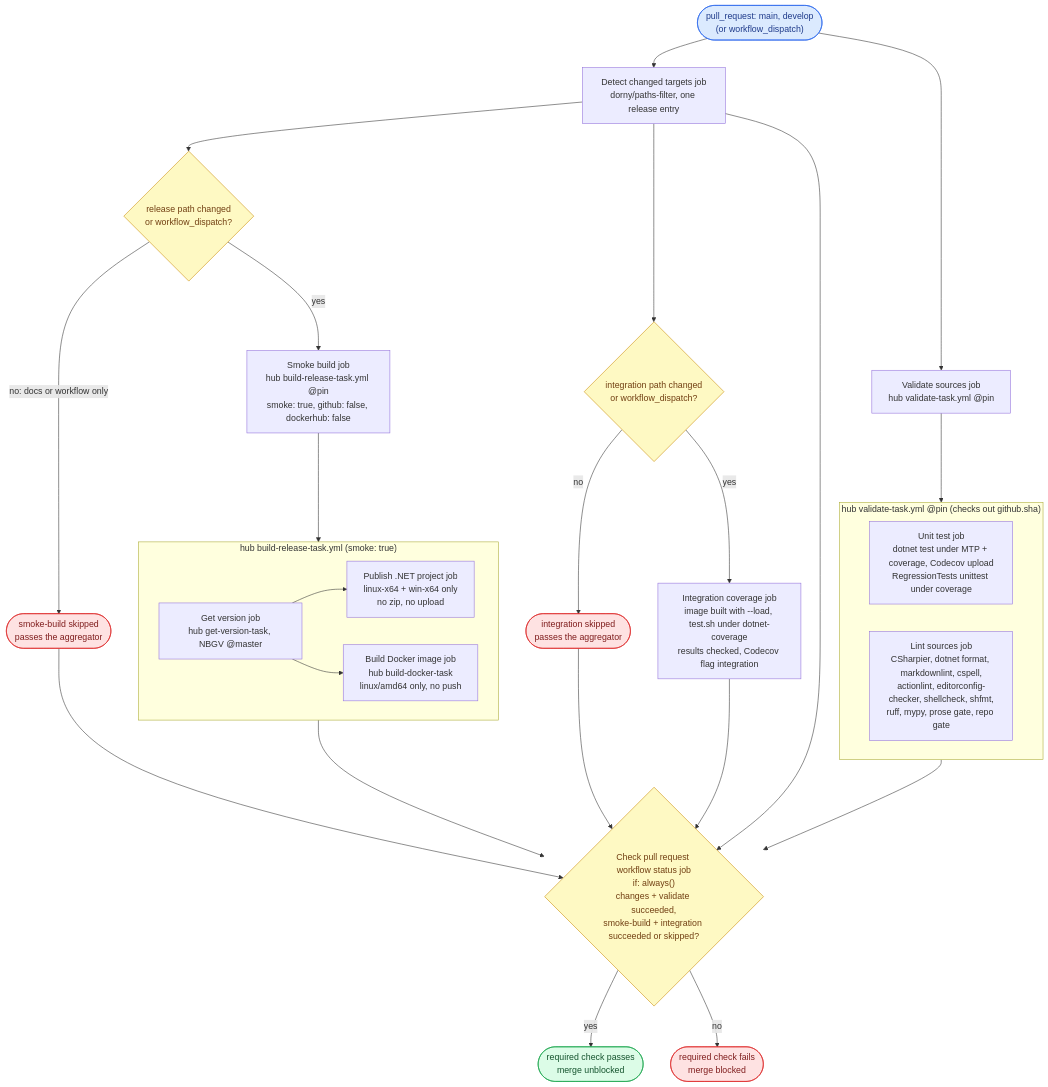
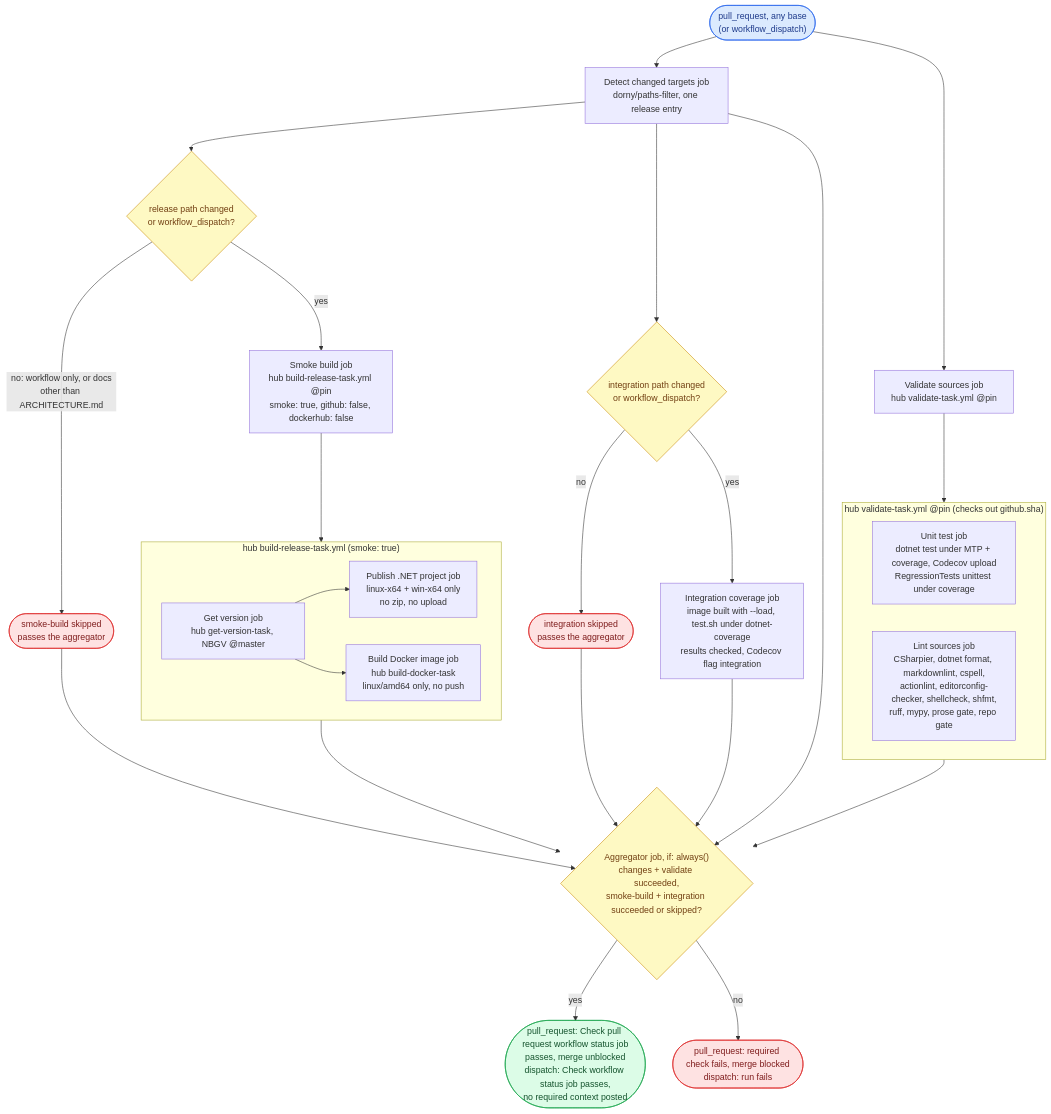
Before and after one commit to ptr727/PlexCleaner: the first of 3 diagrams in WORKFLOW.md, drawn with Mermaid. The commit also changed other lines of this file and 2 other files, not shown here.

First line of the commit message:
Name the PR Gate Aggregator Only on a Pull Request Run (#1213)

````diff
--- a/WORKFLOW.md
+++ b/WORKFLOW.md
@@ -222,35 +223,35 @@
 ```mermaid
 flowchart TD
-    T(["pull_request: main, develop<br/>(or workflow_dispatch)"]):::trig
+    T(["pull_request, any base<br/>(or workflow_dispatch)"]):::trig
     T --> C["Detect changed targets job<br/>dorny/paths-filter, one release entry"]
     T --> V["Validate sources job<br/>hub validate-task.yml @pin"]
     C --> F{"release path changed<br/>or workflow_dispatch?"}:::gate
-    F -- "no: docs or workflow only" --> SK(["smoke-build skipped<br/>passes the aggregator"]):::stop
+    F -- "no: workflow only, or docs<br/>other than ARCHITECTURE.md" --> SK(["smoke-build skipped<br/>passes the aggregator"]):::stop
     F -- "yes" --> S["Smoke build job<br/>hub build-release-task.yml @pin<br/>smoke: true, github: false, dockerhub: false"]
     C --> FI{"integration path changed<br/>or workflow_dispatch?"}:::gate
     FI -- "no" --> ISK(["integration skipped<br/>passes the aggregator"]):::stop
     FI -- "yes" --> I["Integration coverage job<br/>image built with --load, test.sh under dotnet-coverage<br/>results checked, Codecov flag integration"]
     subgraph VT ["hub validate-task.yml @pin (checks out github.sha)"]
         U["Unit test job<br/>dotnet test under MTP + coverage, Codecov upload<br/>RegressionTests unittest under coverage"]
         L["Lint sources job<br/>CSharpier, dotnet format, markdownlint, cspell,<br/>actionlint, editorconfig-checker, shellcheck, shfmt,<br/>ruff, mypy, prose gate, repo gate"]
     end
     V --> VT
     subgraph BRTS ["hub build-release-task.yml (smoke: true)"]
         GVS["Get version job<br/>hub get-version-task, NBGV @master"] --> SE["Publish .NET project job<br/>linux-x64 + win-x64 only<br/>no zip, no upload"]
         GVS --> SD["Build Docker image job<br/>hub build-docker-task<br/>linux/amd64 only, no push"]
     end
     S --> BRTS
     C --> A
     VT --> A
     BRTS --> A
     SK --> A
     I --> A
     ISK --> A
-    A{"Check pull request workflow status job<br/>if: always()<br/>changes + validate succeeded,<br/>smoke-build + integration succeeded or skipped?"}:::gate
-    A -- "yes" --> G(["required check passes<br/>merge unblocked"]):::pub
-    A -- "no" --> R(["required check fails<br/>merge blocked"]):::stop
+    A{"Aggregator job, if: always()<br/>changes + validate succeeded,<br/>smoke-build + integration succeeded or skipped?"}:::gate
+    A -- "yes" --> G(["pull_request: Check pull request workflow status job<br/>passes, merge unblocked<br/>dispatch: Check workflow status job passes,<br/>no required context posted"]):::pub
+    A -- "no" --> R(["pull_request: required check fails, merge blocked<br/>dispatch: run fails"]):::stop
     classDef trig fill:#dbeafe,stroke:#2563eb,color:#1e3a8a
     classDef gate fill:#fef9c3,stroke:#ca8a04,color:#713f12
     classDef pub fill:#dcfce7,stroke:#16a34a,color:#14532d
     classDef stop fill:#fee2e2,stroke:#dc2626,color:#7f1d1d
 ```
````
